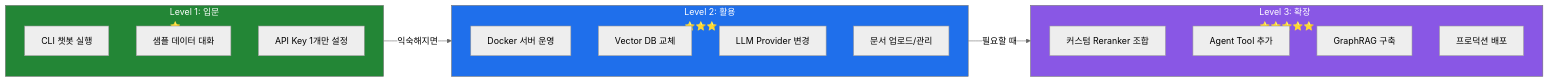
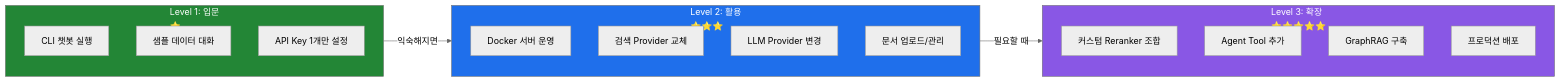
Before and after one commit to notadev-iamaura/OneRAG: the tenth of 10 diagrams in docs/ARCHITECTURE.md, drawn with Mermaid (neutral theme). The commit also changed other lines of this file and 6 other files, not shown here.

````diff
--- a/docs/ARCHITECTURE.md
+++ b/docs/ARCHITECTURE.md
@@ -394,28 +397,28 @@
 ```mermaid
 graph LR
     subgraph L1["Level 1: 입문<br/>⭐"]
         L1A["CLI 챗봇 실행"]
         L1B["샘플 데이터 대화"]
         L1C["API Key 1개만 설정"]
     end
 
     subgraph L2["Level 2: 활용<br/>⭐⭐⭐"]
         L2A["Docker 서버 운영"]
-        L2B["Vector DB 교체"]
+        L2B["검색 Provider 교체"]
         L2C["LLM Provider 변경"]
         L2D["문서 업로드/관리"]
     end
 
     subgraph L3["Level 3: 확장<br/>⭐⭐⭐⭐⭐"]
         L3A["커스텀 Reranker 조합"]
         L3B["Agent Tool 추가"]
         L3C["GraphRAG 구축"]
         L3D["프로덕션 배포"]
     end
 
     L1 -->|"익숙해지면"| L2 -->|"필요할 때"| L3
 
     style L1 fill:#238636,color:#fff
     style L2 fill:#1f6feb,color:#fff
     style L3 fill:#8957e5,color:#fff
 ```
````
